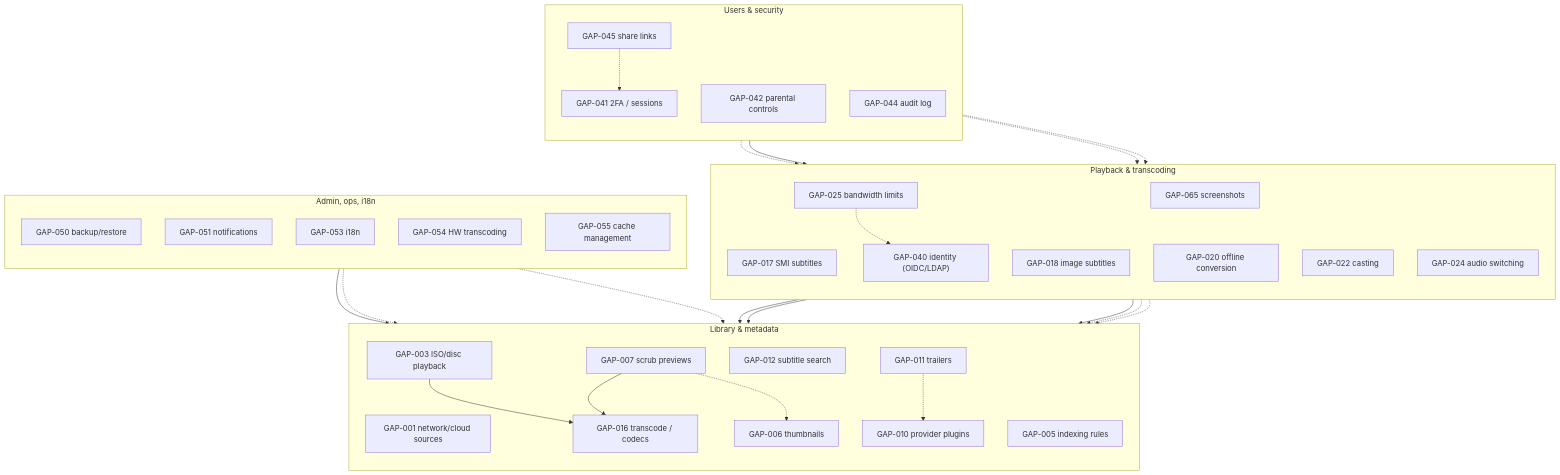
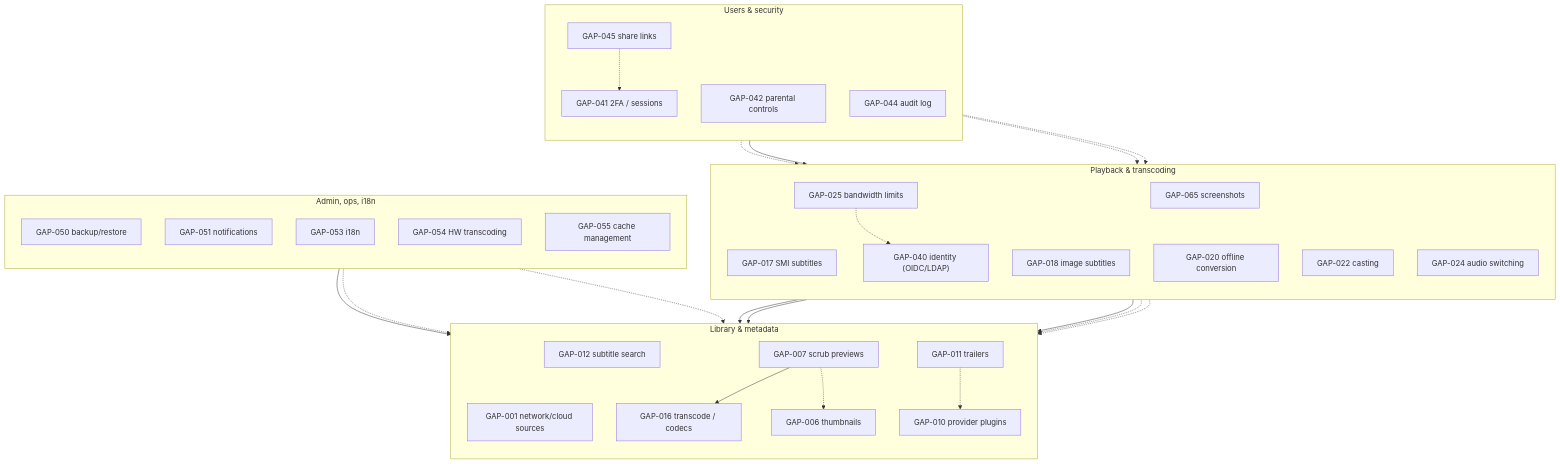
The diagram in docs/GAPS.md (liyu1981/my-videostation), drawn with Mermaid before and after one commit. The commit also changed other lines of this file and 16 other files, not shown here.

First line of the commit message:
feat(scan): per-library indexing rules (GAP-005)

````diff
--- a/docs/GAPS.md
+++ b/docs/GAPS.md
@@ -88,72 +88,69 @@
 ```mermaid
 flowchart TB
   subgraph Library["Library & metadata"]
     direction TB
     G1["GAP-001 network/cloud sources"]
-    G3["GAP-003 ISO/disc playback"]
-    G5["GAP-005 indexing rules"]
     G6["GAP-006 thumbnails"]
     G7["GAP-007 scrub previews"]
     G10["GAP-010 provider plugins"]
     G11["GAP-011 trailers"]
     G12["GAP-012 subtitle search"]
 
-    G3 --> G16
     G7 --> G16
     G7 -.-> G6
     G11 -.-> G10
   end
 
   subgraph Playback["Playback & transcoding"]
     direction TB
     G16["GAP-016 transcode / codecs"]
     G17["GAP-017 SMI subtitles"]
     G18["GAP-018 image subtitles"]
     G20["GAP-020 offline conversion"]
     G22["GAP-022 casting"]
     G24["GAP-024 audio switching"]
     G25["GAP-025 bandwidth limits"]
     G65["GAP-065 screenshots"]
 
     G18 --> G16
     G20 --> G16
     G24 --> G16
     G22 -.-> G16
     G65 -.-> G16
     G25 -.-> G40
   end
 
   subgraph Users["Users & security"]
     direction TB
     G40["GAP-040 identity (OIDC/LDAP)"]
     G41["GAP-041 2FA / sessions"]
     G42["GAP-042 parental controls"]
     G44["GAP-044 audit log"]
     G45["GAP-045 share links"]
 
     G41 -.-> G40
     G42 --> G40
     G44 -.-> G40
     G45 -.-> G41
     G45 -.-> G25
   end
 
   subgraph Ops["Admin, ops, i18n"]
     direction TB
     G50["GAP-050 backup/restore"]
     G51["GAP-051 notifications"]
     G53["GAP-053 i18n"]
     G54["GAP-054 HW transcoding"]
     G55["GAP-055 cache management"]
 
     G54 --> G16
     G55 -.-> G6
     G55 -.-> G16
   end
 
   %% layout-only links keep the clusters stacked
   G12 ~~~ G16
   G65 ~~~ G40
   G45 ~~~ G50
   G55 ~~~ G16
 ```
````
